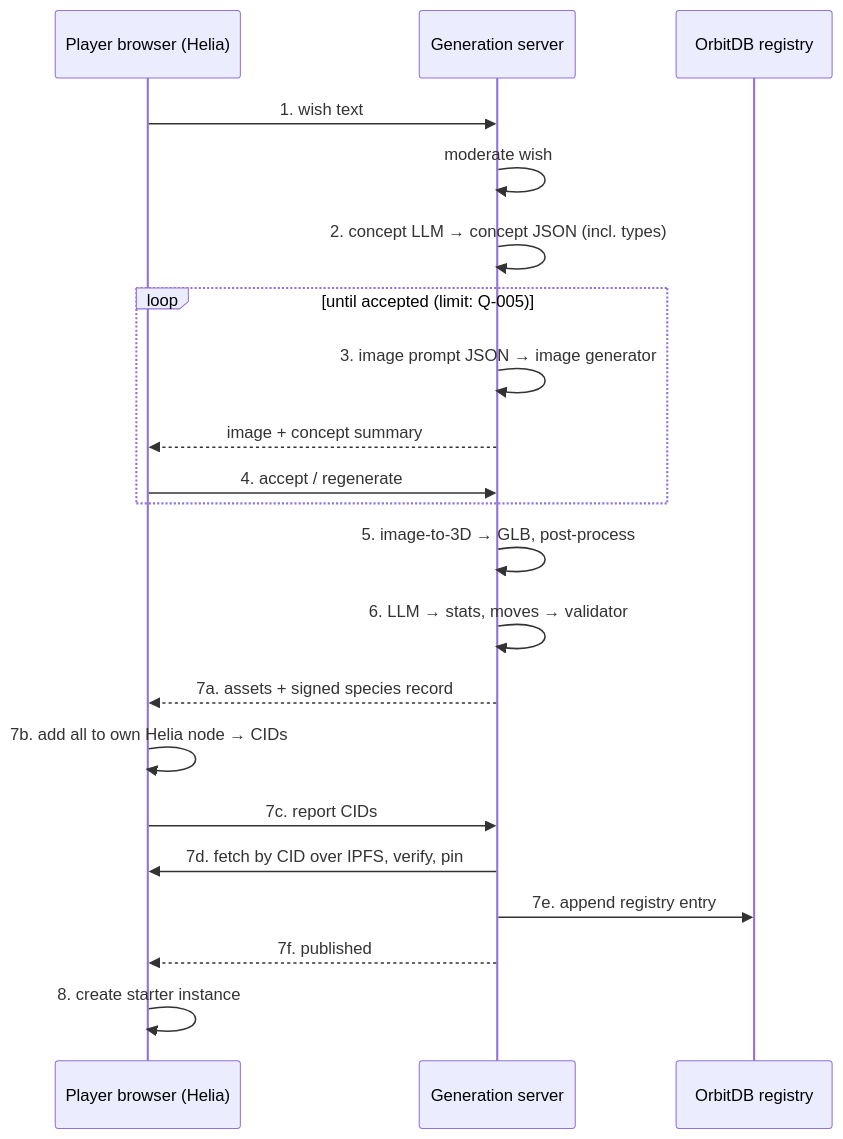
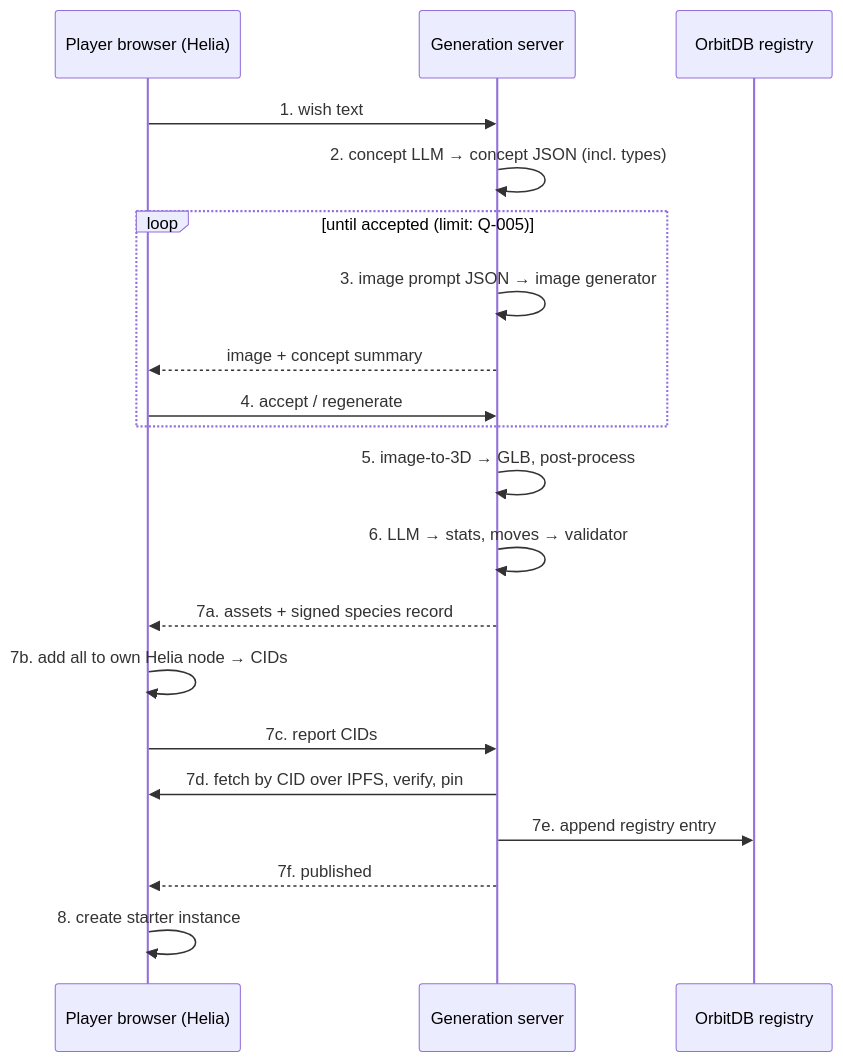
The diagram in wiki/peerlings/creation-pipeline.md (markusklock/peerling-spec), drawn with Mermaid before and after one commit. The commit also changed other lines of this file and 24 other files, not shown here.

````diff
--- a/wiki/peerlings/creation-pipeline.md
+++ b/wiki/peerlings/creation-pipeline.md
@@ -71,23 +72,22 @@
 ```mermaid
 sequenceDiagram
   participant P as Player browser (Helia)
   participant S as Generation server
   participant R as OrbitDB registry
   P->>S: 1. wish text
-  S->>S: moderate wish
   S->>S: 2. concept LLM → concept JSON (incl. types)
   loop until accepted (limit: Q-005)
     S->>S: 3. image prompt JSON → image generator
     S-->>P: image + concept summary
     P->>S: 4. accept / regenerate
   end
   S->>S: 5. image-to-3D → GLB, post-process
   S->>S: 6. LLM → stats, moves → validator
   S-->>P: 7a. assets + signed species record
   P->>P: 7b. add all to own Helia node → CIDs
   P->>S: 7c. report CIDs
   S->>P: 7d. fetch by CID over IPFS, verify, pin
   S->>R: 7e. append registry entry
   S-->>P: 7f. published
   P->>P: 8. create starter instance
 ```
````
